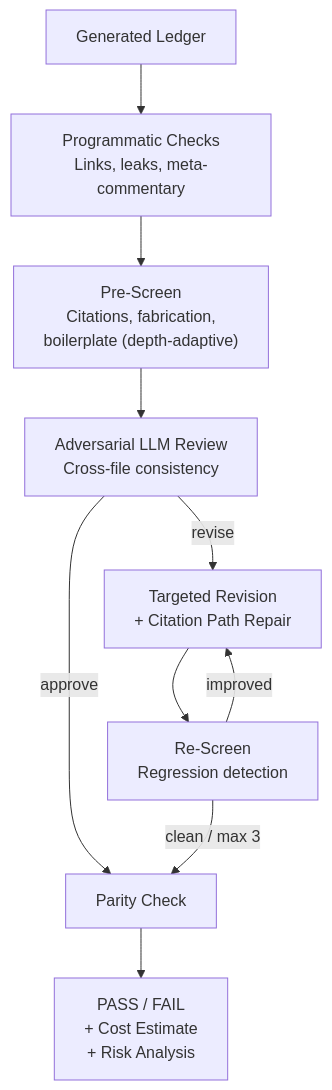
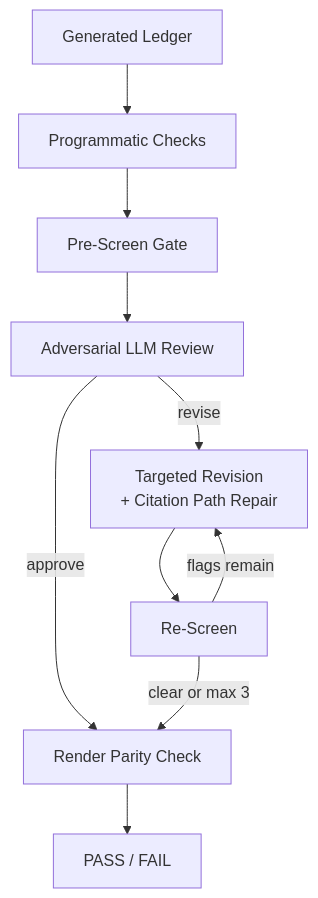
Before and after one commit to op7ic/SwarmMaker: the third of 3 diagrams in docs/agent-engineering-reference.md, drawn with Mermaid. The commit also changed other lines of this file, not shown here.

Commit message:
Add descriptions before charts and fix self-loop in pipeline diagram

````diff
--- a/docs/agent-engineering-reference.md
+++ b/docs/agent-engineering-reference.md
@@ -33,12 +46,12 @@
 ```mermaid
 graph TD
-    L["Generated Ledger"] --> P["Programmatic Checks<br/>Links, leaks, meta-commentary"]
-    P --> S["Pre-Screen<br/>Citations, fabrication,<br/>boilerplate (depth-adaptive)"]
-    S --> R["Adversarial LLM Review<br/>Cross-file consistency"]
-    R -->|approve| PARITY["Parity Check"]
-    R -->|revise| REV["Targeted Revision<br/>+ Citation Path Repair"]
-    REV --> RE["Re-Screen<br/>Regression detection"]
-    RE -->|improved| REV
-    RE -->|clean / max 3| PARITY
-    PARITY --> RESULT["PASS / FAIL<br/>+ Cost Estimate<br/>+ Risk Analysis"]
+    LEDGER["Generated Ledger"] --> PROG["Programmatic Checks"]
+    PROG --> PRE["Pre-Screen Gate"]
+    PRE --> REVIEW["Adversarial LLM Review"]
+    REVIEW -->|approve| PARITY["Render Parity Check"]
+    REVIEW -->|revise| REVISE["Targeted Revision<br/>+ Citation Path Repair"]
+    REVISE --> RECHECK["Re-Screen"]
+    RECHECK -->|flags remain| REVISE
+    RECHECK -->|clear or max 3| PARITY
+    PARITY --> RESULT["PASS / FAIL"]
 ```
````
